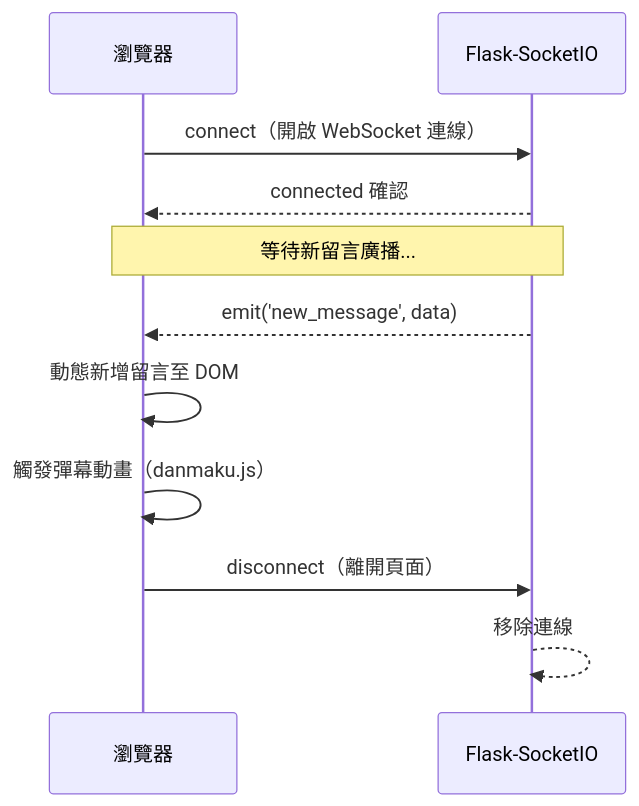
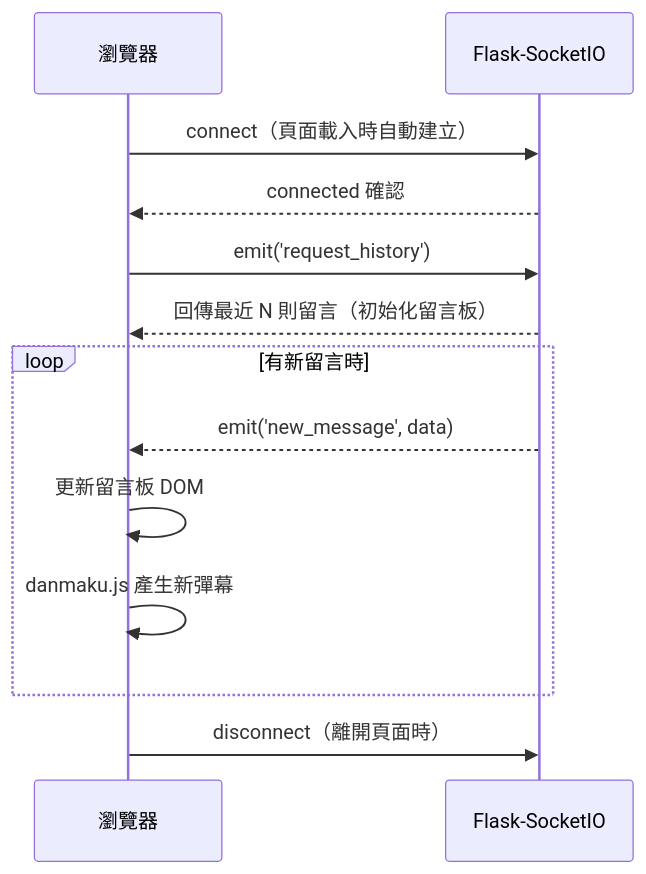
Before and after one commit to Nancy0200/google-map: the fifth of 6 diagrams in docs/FLOWCHART.md, drawn with Mermaid. The commit also changed other lines of this file and 2 other files, not shown here.

Commit message:
docs: revise architecture to single-page layout with quick buttons

````diff
--- a/docs/FLOWCHART.md
+++ b/docs/FLOWCHART.md
@@ -151,17 +143,18 @@
 ```mermaid
 sequenceDiagram
     participant Browser as 瀏覽器
     participant SocketIO as Flask-SocketIO
 
-    Browser->>SocketIO: connect（開啟 WebSocket 連線）
+    Browser->>SocketIO: connect（頁面載入時自動建立）
     SocketIO-->>Browser: connected 確認
+    Browser->>SocketIO: emit('request_history')
+    SocketIO-->>Browser: 回傳最近 N 則留言（初始化留言板）
 
-    Note over Browser,SocketIO: 等待新留言廣播...
+    loop 有新留言時
+        SocketIO-->>Browser: emit('new_message', data)
+        Browser->>Browser: 更新留言板 DOM
+        Browser->>Browser: danmaku.js 產生新彈幕
+    end
 
-    SocketIO-->>Browser: emit('new_message', data)
-    Browser->>Browser: 動態新增留言至 DOM
-    Browser->>Browser: 觸發彈幕動畫（danmaku.js）
-
-    Browser->>SocketIO: disconnect（離開頁面）
-    SocketIO-->>SocketIO: 移除連線
+    Browser->>SocketIO: disconnect（離開頁面時）
 ```
````
